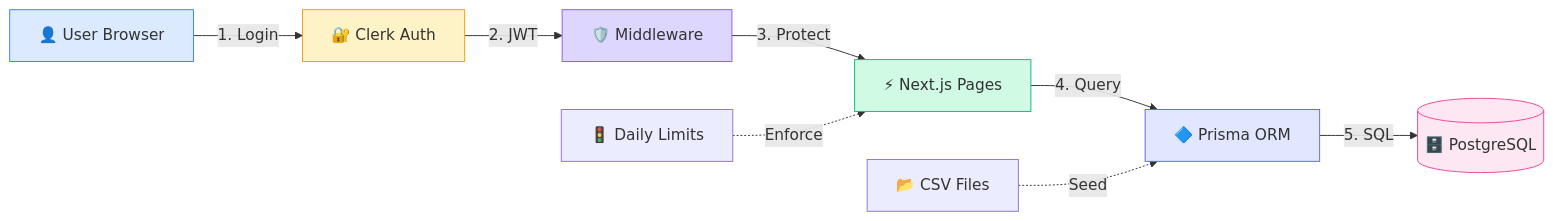
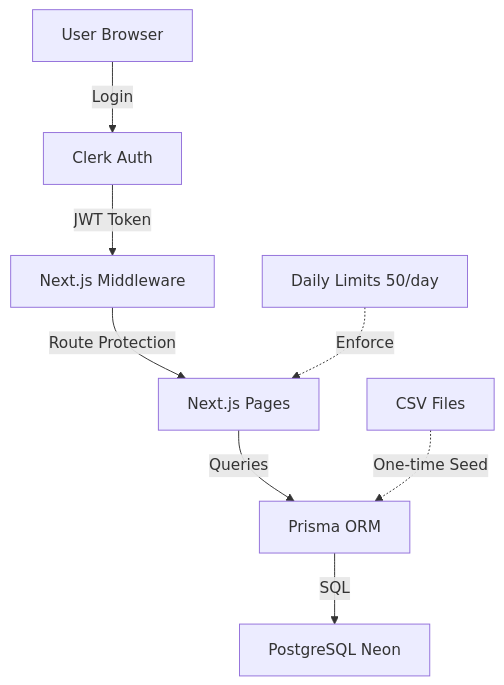
Before and after one commit to oelbouha/dashboard: the diagram in README.md, drawn with Mermaid. The commit also changed other lines of this file, not shown here.

Commit message:
Simplify Mermaid diagram: remove emojis and custom styling

````diff
--- a/README.md
+++ b/README.md
@@ -69,18 +69,11 @@
 ```mermaid
-graph LR
-    A[👤 User Browser] -->|1. Login| B[🔐 Clerk Auth]
-    B -->|2. JWT| C[🛡️ Middleware]
-    C -->|3. Protect| D[⚡ Next.js Pages]
-    D -->|4. Query| E[🔷 Prisma ORM]
-    E -->|5. SQL| F[(🗄️ PostgreSQL)]
+graph TD
+    A[User Browser] -->|Login| B[Clerk Auth]
+    B -->|JWT Token| C[Next.js Middleware]
+    C -->|Route Protection| D[Next.js Pages]
+    D -->|Queries| E[Prisma ORM]
+    E -->|SQL| F[PostgreSQL Neon]
     
-    G[📂 CSV Files] -.->|Seed| E
-    H[🚦 Daily Limits] -.->|Enforce| D
-    
-    style A fill:#dbeafe,stroke:#3b82f6
-    style B fill:#fef3c7,stroke:#f59e0b
-    style C fill:#ddd6fe,stroke:#8b5cf6
-    style D fill:#d1fae5,stroke:#10b981
-    style E fill:#e0e7ff,stroke:#6366f1
-    style F fill:#fce7f3,stroke:#ec4899
+    G[CSV Files] -.->|One-time Seed| E
+    H[Daily Limits 50/day] -.->|Enforce| D
 ```
````
